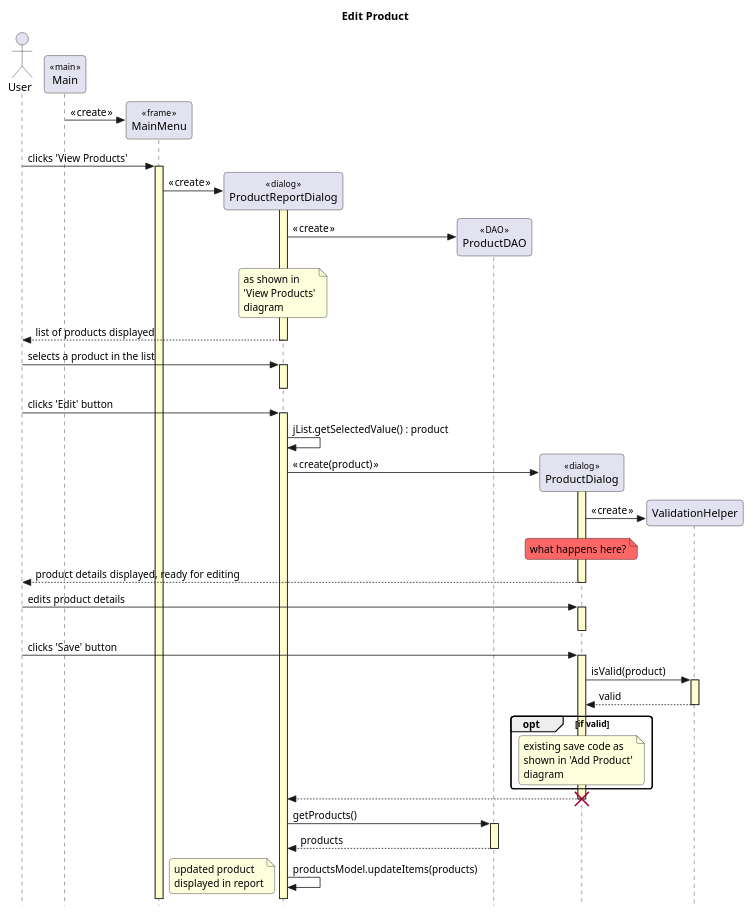
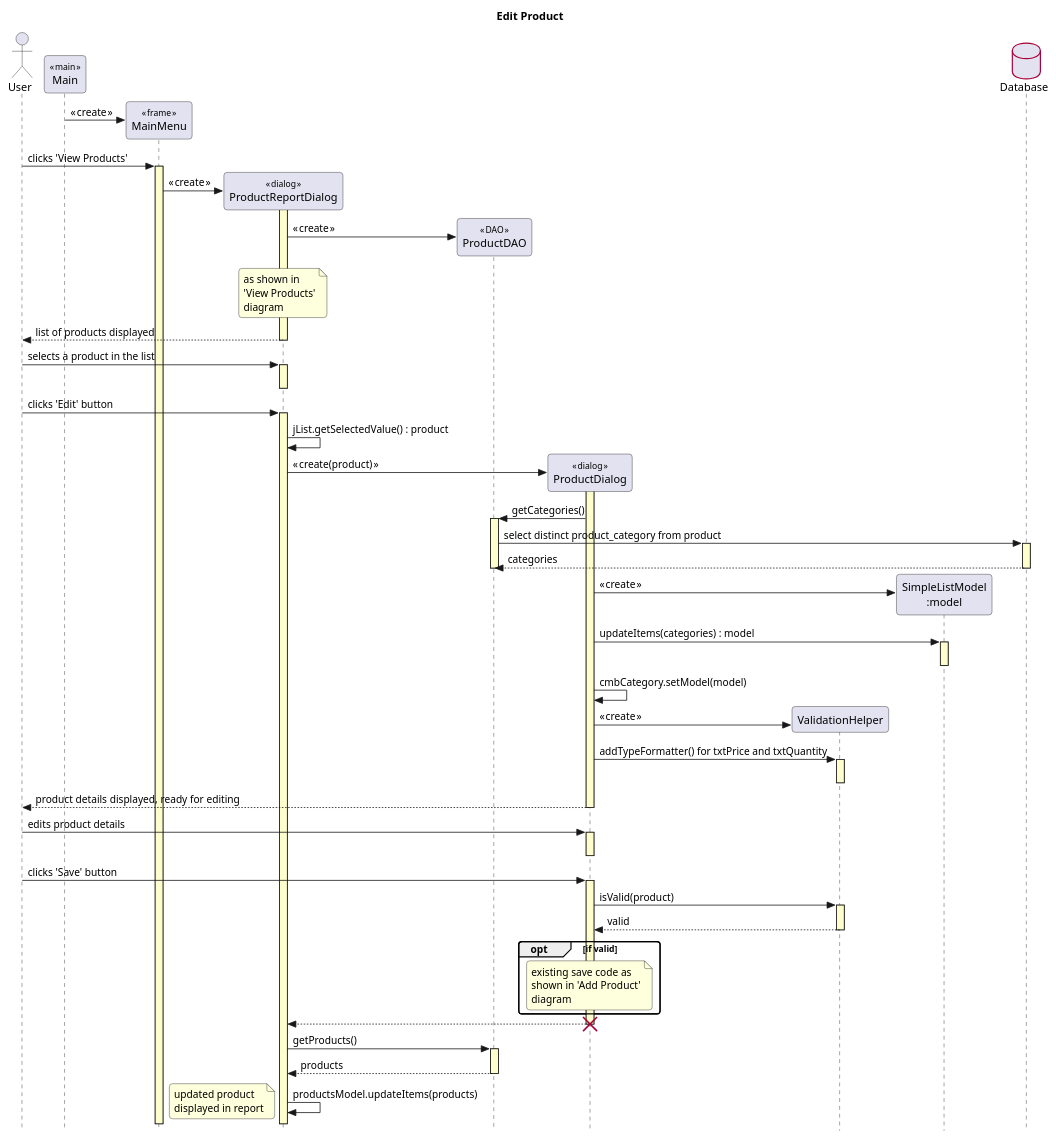
Before and after one commit to Jack-Baucke/INFO202-Project: the diagram in editProduct.puml, drawn with PlantUML. The commit also changed 3 other files, not shown here.

Commit message:
Completed sequence diagrams

```diff
--- a/editProduct.puml
+++ b/editProduct.puml
@@ -1,105 +1,126 @@
 @startuml
  
 ' style tweaks to make the diagram a little more readable
 skinparam {
 	Style strictuml
 	RoundCorner 8
  
 	Sequence {
 		' make activations yellow too
 		LifeLineBackgroundColor #FDFDCD
  
 		' make stereotypes less ugly
 		Stereotype {
 			Font {
 				Size 11
 				Style plain
 			}
 		}
 	}
  
 	DatabaseBorderColor #A80036
  
 }
  
 title Edit Product
  
 actor User as user
 participant "Main" as main << main >>
 participant "MainMenu" as menu << frame >>
 participant "ProductReportDialog" as report << dialog >>
 participant "ProductDAO" as dao << DAO >>
 participant "ProductDialog" as editor << dialog >>
 participant "ValidationHelper" as validator
+participant "SimpleListModel\n:model" as model
+
+database "Database" as db
  
 create menu
 main -> menu : « create »
  
 user -> menu : clicks 'View Products'
 activate menu
  
 create report
 menu -> report : « create »
  
 activate report
 create dao
 report -> dao: « create »
  
  
 note over report: as shown in\n'View Products'\ndiagram
 user <-- report : list of products displayed
  
 deactivate report
  
 user -> report++ : selects a product in the list
 report--
  
 user -> report : clicks 'Edit' button
 activate report
  
 report -> report : jList.getSelectedValue() : product
  
 create editor
 report -> editor++ : « create(product) »
+
+editor -> dao++ : getCategories()
+
+dao -> db++ : select distinct product_category from product
+return categories
+
+dao--
+
+create model
+editor -> model : « create »
+
+editor -> model++ : updateItems(categories) : model
+
+model--
+
+editor -> editor : cmbCategory.setModel(model)
  
 create validator
 editor -> validator : « create »
  
  
  
  
 ' your code goes here
-note over editor #FF6666 : what happens here?
- 
- 
+'note over editor #FF6666 : what happens here?
+
+editor -> validator++ : addTypeFormatter() for txtPrice and txtQuantity
+
+validator--
  
  
  
  
  
  
 user <-- editor : product details displayed, ready for editing
 deactivate editor
  
 user -> editor++ : edits product details
 editor--
  
 user -> editor : clicks 'Save' button
 editor++
 editor -> validator++ : isValid(product)
 return valid
 opt if valid
 note over editor: existing save code as\nshown in 'Add Product'\ndiagram
 end
 editor --> report
 editor--
 destroy editor
  
 report -> dao++ : getProducts()
 return products
  
 report -> report : productsModel.updateItems(products)
  
 note left: updated product\ndisplayed in report
  
 @enduml
```
